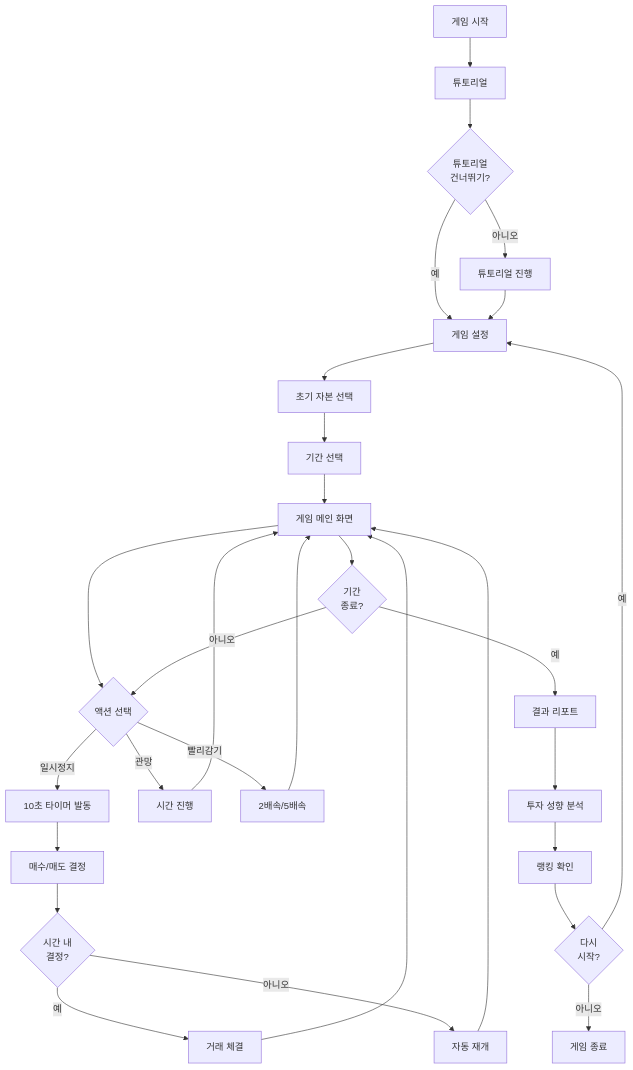
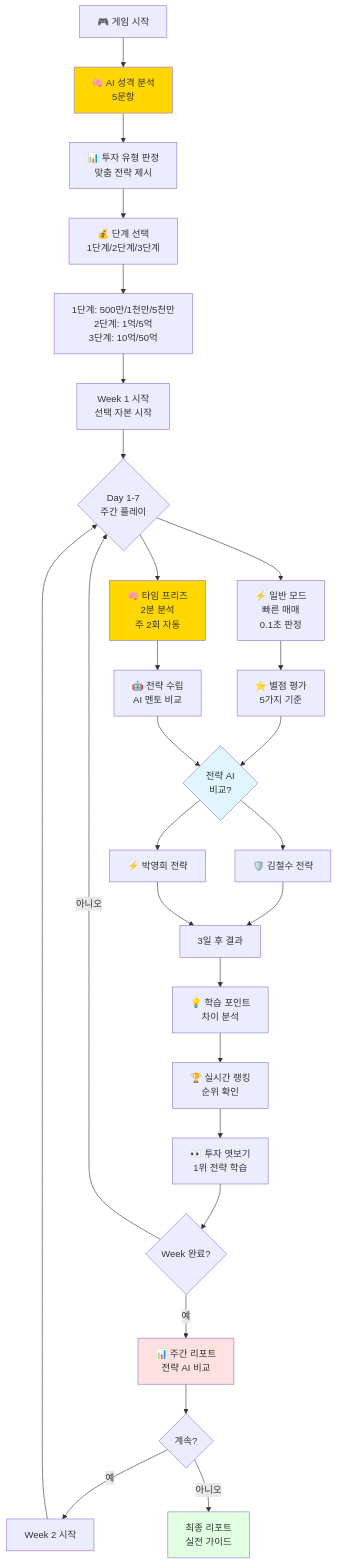
Before and after one commit to Collegenie-X/stock_simulation: the first of 5 diagrams in document/user_scenarios.md, drawn with Mermaid. The commit also changed other lines of this file and 7 other files, not shown here.

````diff
--- a/document/user_scenarios.md
+++ b/document/user_scenarios.md
@@ -15,37 +32,46 @@
 ```mermaid
 flowchart TD
-    A[게임 시작] --> B[튜토리얼]
-    B --> C{튜토리얼<br/>건너뛰기?}
-    C -->|예| D[게임 설정]
-    C -->|아니오| E[튜토리얼 진행]
-    E --> D
+    A[🎮 게임 시작] --> B[🧠 AI 성격 분석<br/>5문항]
+    B --> C[📊 투자 유형 판정<br/>맞춤 전략 제시]
+    C --> D[💰 단계 선택<br/>1단계/2단계/3단계]
+    D --> D1[1단계: 500만/1천만/5천만<br/>2단계: 1억/5억<br/>3단계: 10억/50억]
+    D1 --> E1[Week 1 시작<br/>선택 자본 시작]
     
-    D --> F[초기 자본 선택]
-    F --> G[기간 선택]
-    G --> H[게임 메인 화면]
+    E1 --> E{Day 1-7<br/>주간 플레이}
     
-    H --> I{액션 선택}
-    I -->|일시정지| J[10초 타이머 발동]
-    I -->|관망| K[시간 진행]
-    I -->|빨리감기| L[2배속/5배속]
+    E --> F[⚡ 일반 모드<br/>빠른 매매<br/>0.1초 판정]
+    E --> G[🧠 타임 프리즈<br/>2분 분석<br/>주 2회 자동]
     
-    J --> M[매수/매도 결정]
-    M --> N{시간 내<br/>결정?}
-    N -->|예| O[거래 체결]
-    N -->|아니오| P[자동 재개]
+    F --> H[⭐ 별점 평가<br/>5가지 기준]
+    G --> I[🤖 전략 수립<br/>AI 멘토 비교]
     
-    O --> H
-    P --> H
-    K --> H
-    L --> H
+    H --> J{전략 AI<br/>비교?}
+    I --> J
     
-    H --> Q{기간<br/>종료?}
-    Q -->|아니오| I
-    Q -->|예| R[결과 리포트]
+    J --> K[🛡️ 김철수 전략]
+    J --> L[⚡ 박영희 전략]
     
-    R --> S[투자 성향 분석]
-    S --> T[랭킹 확인]
-    T --> U{다시<br/>시작?}
-    U -->|예| D
-    U -->|아니오| V[게임 종료]
+    K --> M[3일 후 결과]
+    L --> M
+    
+    M --> N[💡 학습 포인트<br/>차이 분석]
+    
+    N --> O[🏆 실시간 랭킹<br/>순위 확인]
+    O --> P[👀 투자 엿보기<br/>1위 전략 학습]
+    
+    P --> Q{Week 완료?}
+    Q -->|아니오| E
+    Q -->|예| R[📊 주간 리포트<br/>전략 AI 비교]
+    
+    R --> S{계속?}
+    S -->|예| T[Week 2 시작]
+    S -->|아니오| U[최종 리포트<br/>실전 가이드]
+    
+    T --> E
+    
+    style B fill:#ffd700
+    style G fill:#ffd700
+    style J fill:#e1f5ff
+    style R fill:#ffe1e1
+    style U fill:#e1ffe1
 ```
````
